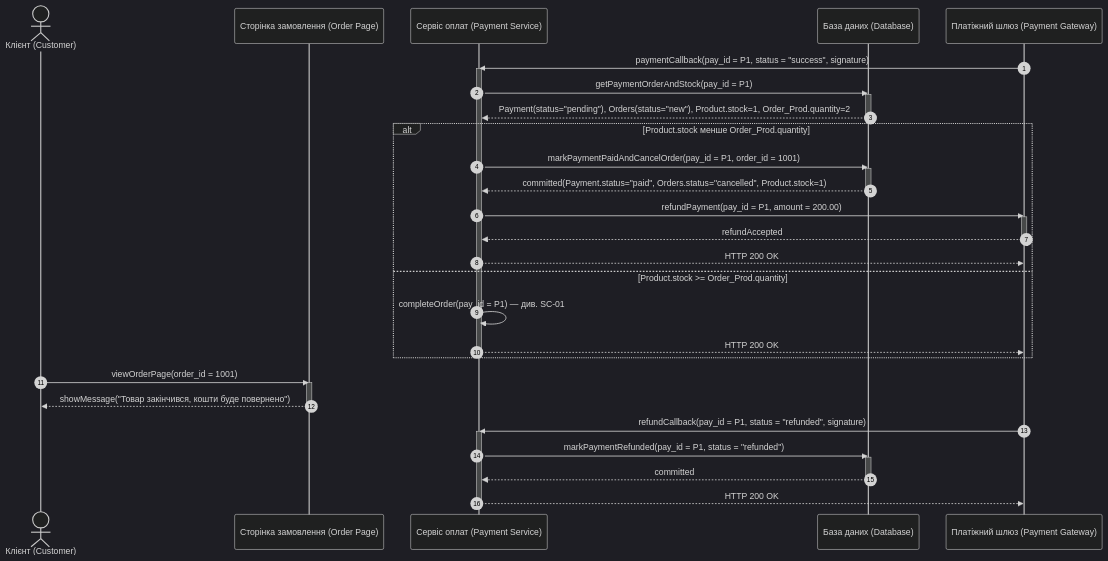
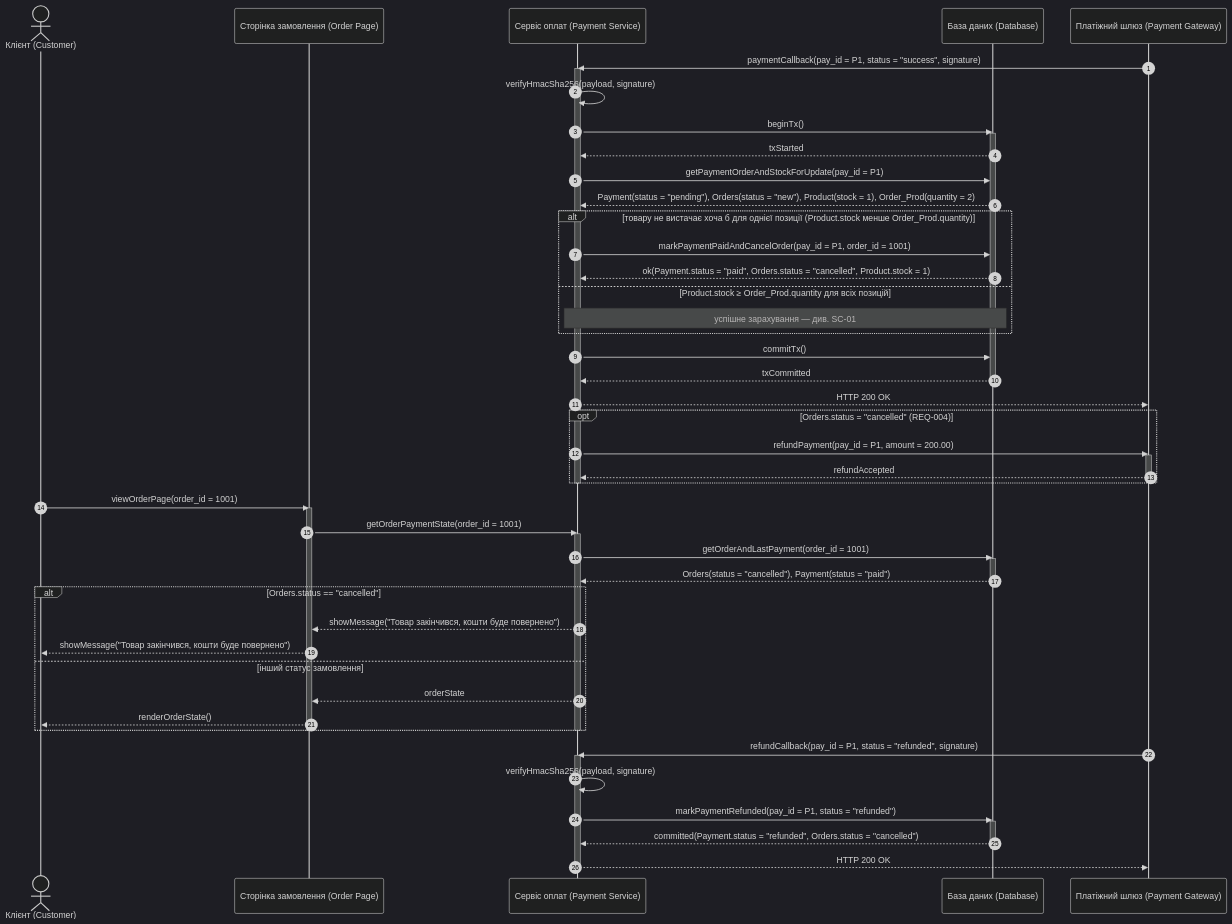
Before and after one commit to hutnichs/KPI_MAVPZ: diagram 15 of 15 in Lab3/diagram.md, drawn with Mermaid (dark theme). The commit also changed other lines of this file and 1 other file, not shown here.

Commit message:
Updated payment callback, error messages and prompt added

````diff
--- a/Lab3/diagram.md
+++ b/Lab3/diagram.md
@@ -543,45 +618,63 @@
 ```mermaid
 sequenceDiagram
     autonumber
     actor Customer as Клієнт (Customer)
     participant Page as Сторінка замовлення (Order Page)
     participant PS as Сервіс оплат (Payment Service)
     participant DB as База даних (Database)
     participant PGW as Платіжний шлюз (Payment Gateway)
 
     PGW->>PS: paymentCallback(pay_id = P1, status = "success", signature)
     activate PS
-    PS->>DB: getPaymentOrderAndStock(pay_id = P1)
+    PS->>PS: verifyHmacSha256(payload, signature)
+    PS->>DB: beginTx()
     activate DB
-    DB-->>PS: Payment(status="pending"), Orders(status="new"), Product.stock=1, Order_Prod.quantity=2
+    DB-->>PS: txStarted
+    PS->>DB: getPaymentOrderAndStockForUpdate(pay_id = P1)
+    DB-->>PS: Payment(status = "pending"), Orders(status = "new"), Product(stock = 1), Order_Prod(quantity = 2)
+    alt товару не вистачає хоча б для однієї позиції (Product.stock менше Order_Prod.quantity)
+        PS->>DB: markPaymentPaidAndCancelOrder(pay_id = P1, order_id = 1001)
+        DB-->>PS: ok(Payment.status = "paid", Orders.status = "cancelled", Product.stock = 1)
+    else Product.stock ≥ Order_Prod.quantity для всіх позицій
+        Note over PS,DB: успішне зарахування — див. SC-01
+    end
+    PS->>DB: commitTx()
+    DB-->>PS: txCommitted
     deactivate DB
-    alt Product.stock менше Order_Prod.quantity
-        PS->>DB: markPaymentPaidAndCancelOrder(pay_id = P1, order_id = 1001)
-        activate DB
-        DB-->>PS: committed(Payment.status="paid", Orders.status="cancelled", Product.stock=1)
-        deactivate DB
+    PS-->>PGW: HTTP 200 OK
+    opt Orders.status = "cancelled" (REQ-004)
         PS->>PGW: refundPayment(pay_id = P1, amount = 200.00)
         activate PGW
         PGW-->>PS: refundAccepted
         deactivate PGW
-        PS-->>PGW: HTTP 200 OK
-    else Product.stock >= Order_Prod.quantity
-        PS->>PS: completeOrder(pay_id = P1) — див. SC-01
-        PS-->>PGW: HTTP 200 OK
     end
     deactivate PS
 
     Customer->>Page: viewOrderPage(order_id = 1001)
     activate Page
-    Page-->>Customer: showMessage("Товар закінчився, кошти буде повернено")
+    Page->>PS: getOrderPaymentState(order_id = 1001)
+    activate PS
+    PS->>DB: getOrderAndLastPayment(order_id = 1001)
+    activate DB
+    DB-->>PS: Orders(status = "cancelled"), Payment(status = "paid")
+    deactivate DB
+    alt Orders.status == "cancelled"
+        PS-->>Page: showMessage("Товар закінчився, кошти буде повернено")
+        Page-->>Customer: showMessage("Товар закінчився, кошти буде повернено")
+    else інший статус замовлення
+        PS-->>Page: orderState
+        Page-->>Customer: renderOrderState()
+    end
+    deactivate PS
     deactivate Page
 
     PGW->>PS: refundCallback(pay_id = P1, status = "refunded", signature)
     activate PS
+    PS->>PS: verifyHmacSha256(payload, signature)
     PS->>DB: markPaymentRefunded(pay_id = P1, status = "refunded")
     activate DB
-    DB-->>PS: committed
+    DB-->>PS: committed(Payment.status = "refunded", Orders.status = "cancelled")
     deactivate DB
     PS-->>PGW: HTTP 200 OK
     deactivate PS
 ```
````
